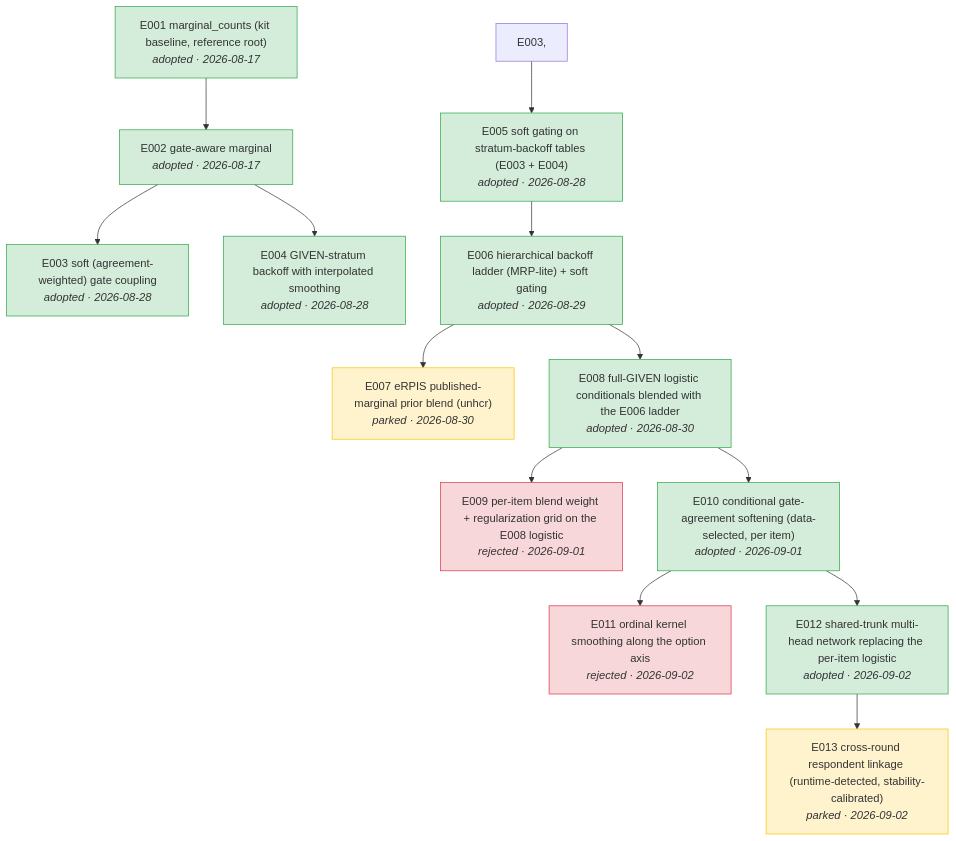
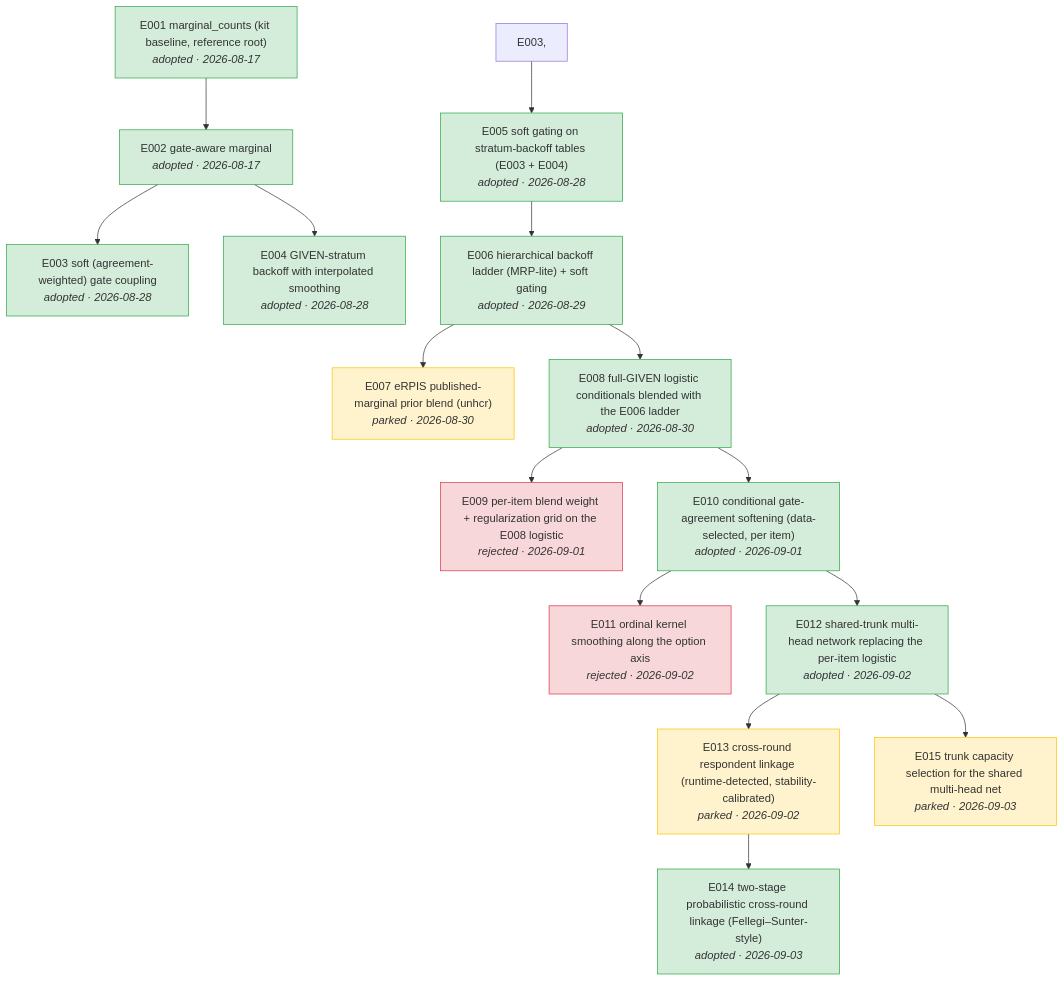
The diagram in docs/tree.md (joon56/Simulacrabench-NeurIPS-2026-), drawn with Mermaid before and after one commit. The commit also changed 11 other files, not shown here.

First line of the commit message:
E015: parked (+0.0001, capacity capped by 1-factor sandbox); E014 v2: soft posterior cross-round evidence, submission #8

````diff
--- a/docs/tree.md
+++ b/docs/tree.md
@@ -5,34 +5,38 @@
 ```mermaid
 flowchart TD
     E001["E001 marginal_counts (kit baseline, reference root)<br/><i>adopted · 2026-08-17</i>"]
     E002["E002 gate-aware marginal<br/><i>adopted · 2026-08-17</i>"]
     E001 --> E002
     E003["E003 soft (agreement-weighted) gate coupling<br/><i>adopted · 2026-08-28</i>"]
     E002 --> E003
     E004["E004 GIVEN-stratum backoff with interpolated smoothing<br/><i>adopted · 2026-08-28</i>"]
     E002 --> E004
     E005["E005 soft gating on stratum-backoff tables (E003 + E004)<br/><i>adopted · 2026-08-28</i>"]
     E003, --> E005
     E006["E006 hierarchical backoff ladder (MRP-lite) + soft gating<br/><i>adopted · 2026-08-29</i>"]
     E005 --> E006
     E007["E007 eRPIS published-marginal prior blend (unhcr)<br/><i>parked · 2026-08-30</i>"]
     E006 --> E007
     E008["E008 full-GIVEN logistic conditionals blended with the E006 ladder<br/><i>adopted · 2026-08-30</i>"]
     E006 --> E008
     E009["E009 per-item blend weight + regularization grid on the E008 logistic<br/><i>rejected · 2026-09-01</i>"]
     E008 --> E009
     E010["E010 conditional gate-agreement softening (data-selected, per item)<br/><i>adopted · 2026-09-01</i>"]
     E008 --> E010
     E011["E011 ordinal kernel smoothing along the option axis<br/><i>rejected · 2026-09-02</i>"]
     E010 --> E011
     E012["E012 shared-trunk multi-head network replacing the per-item logistic<br/><i>adopted · 2026-09-02</i>"]
     E010 --> E012
     E013["E013 cross-round respondent linkage (runtime-detected, stability-calibrated)<br/><i>parked · 2026-09-02</i>"]
     E012 --> E013
+    E014["E014 two-stage probabilistic cross-round linkage (Fellegi–Sunter-style)<br/><i>adopted · 2026-09-03</i>"]
+    E013 --> E014
+    E015["E015 trunk capacity selection for the shared multi-head net<br/><i>parked · 2026-09-03</i>"]
+    E012 --> E015
     classDef adopted fill:#d4edda,stroke:#28a745
-    class E001,E002,E003,E004,E005,E006,E008,E010,E012 adopted
+    class E001,E002,E003,E004,E005,E006,E008,E010,E012,E014 adopted
     classDef rejected fill:#f8d7da,stroke:#dc3545
     class E009,E011 rejected
     classDef parked fill:#fff3cd,stroke:#ffc107
-    class E007,E013 parked
+    class E007,E013,E015 parked
 ```
````
